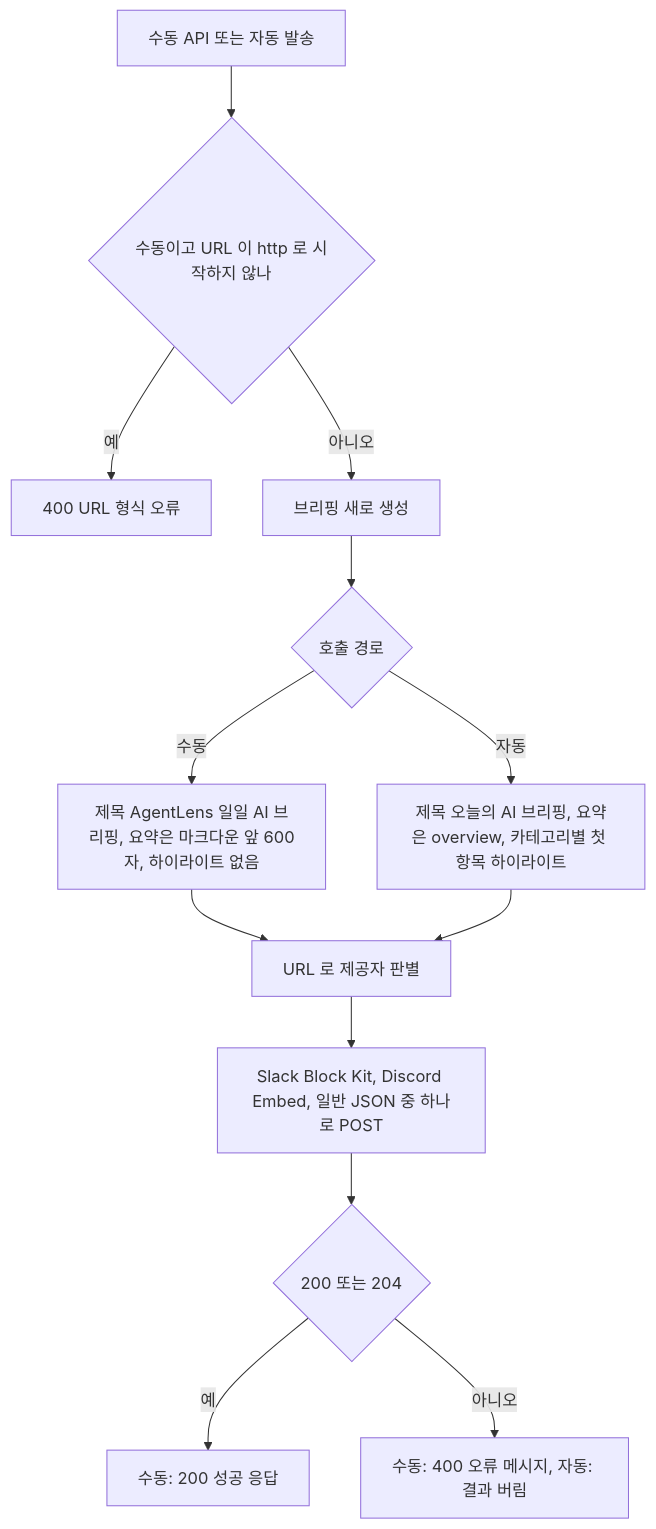
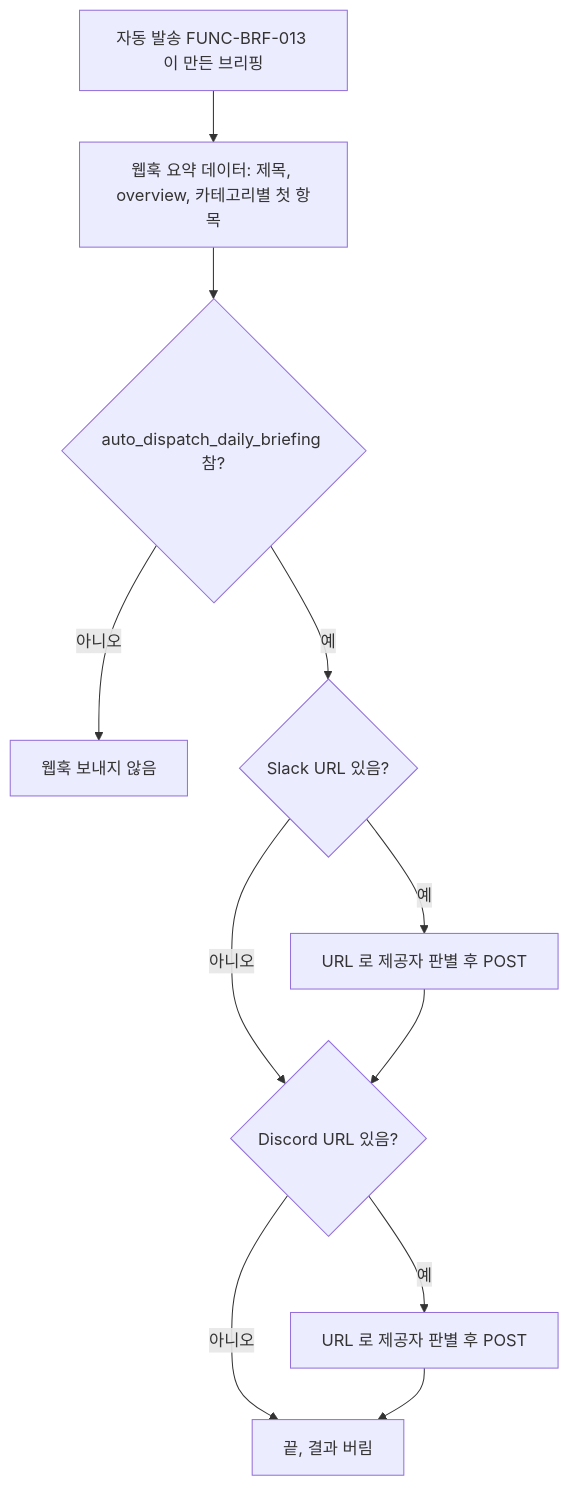
One commit to ozplayground/agent-lens changed diagram 11 of 14 in docs/spec-writer/fsd/04_BRIEFING_AND_SHARING_SPECIFICATION.md. Above: the diagram before and after it, drawn with Mermaid. The commit also changed other lines of this file and 216 other files, not shown here.

````diff
--- a/docs/spec-writer/fsd/04_BRIEFING_AND_SHARING_SPECIFICATION.md
+++ b/docs/spec-writer/fsd/04_BRIEFING_AND_SHARING_SPECIFICATION.md
@@ -892,15 +905,13 @@
 ```mermaid
 flowchart TD
-    A["수동 API 또는 자동 발송"] --> B{"수동이고 URL 이 http 로 시작하지 않나"}
-    B -- 예 --> X1["400 URL 형식 오류"]
-    B -- 아니오 --> C["브리핑 새로 생성"]
-    C --> D{"호출 경로"}
-    D -- 수동 --> E["제목 AgentLens 일일 AI 브리핑, 요약은 마크다운 앞 600자, 하이라이트 없음"]
-    D -- 자동 --> F["제목 오늘의 AI 브리핑, 요약은 overview, 카테고리별 첫 항목 하이라이트"]
-    E --> G["URL 로 제공자 판별"]
-    F --> G
-    G --> H["Slack Block Kit, Discord Embed, 일반 JSON 중 하나로 POST"]
-    H --> I{"200 또는 204"}
-    I -- 예 --> OK["수동: 200 성공 응답"]
-    I -- 아니오 --> X2["수동: 400 오류 메시지, 자동: 결과 버림"]
+    A["자동 발송 FUNC-BRF-013 이 만든 브리핑"] --> B["웹훅 요약 데이터: 제목, overview, 카테고리별 첫 항목"]
+    B --> C{"auto_dispatch_daily_briefing 참?"}
+    C -- 아니오 --> Z["웹훅 보내지 않음"]
+    C -- 예 --> D{"Slack URL 있음?"}
+    D -- 예 --> E["URL 로 제공자 판별 후 POST"]
+    D -- 아니오 --> F{"Discord URL 있음?"}
+    E --> F
+    F -- 예 --> G["URL 로 제공자 판별 후 POST"]
+    F -- 아니오 --> H["끝, 결과 버림"]
+    G --> H
 ```
````
